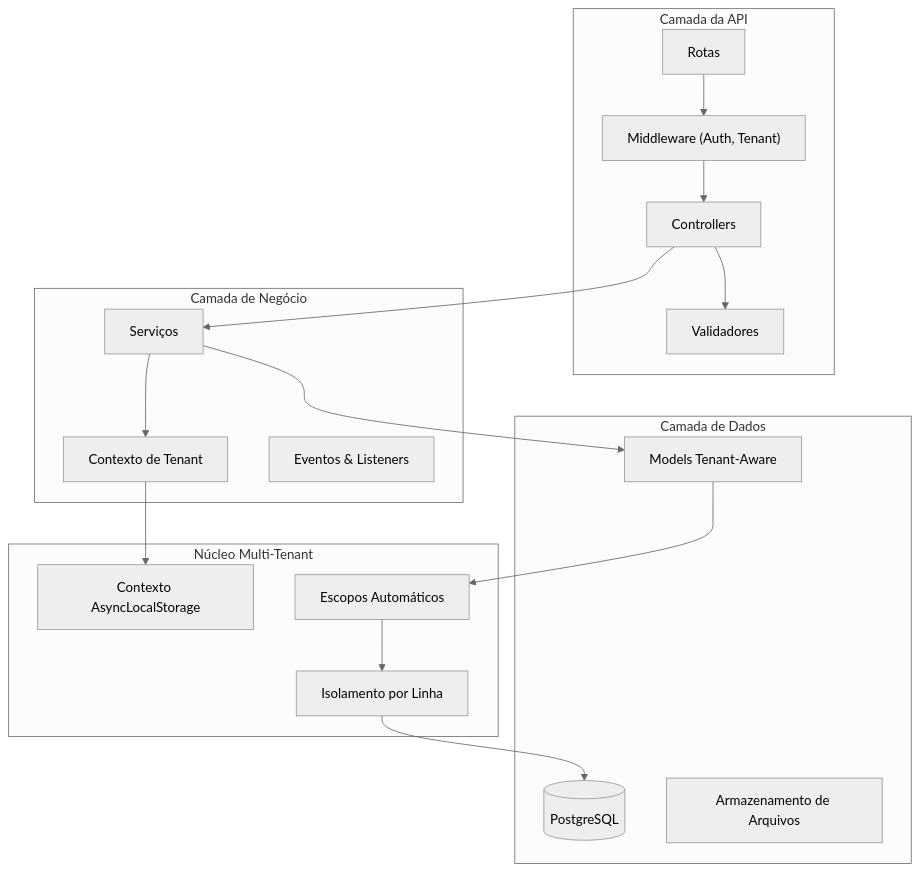
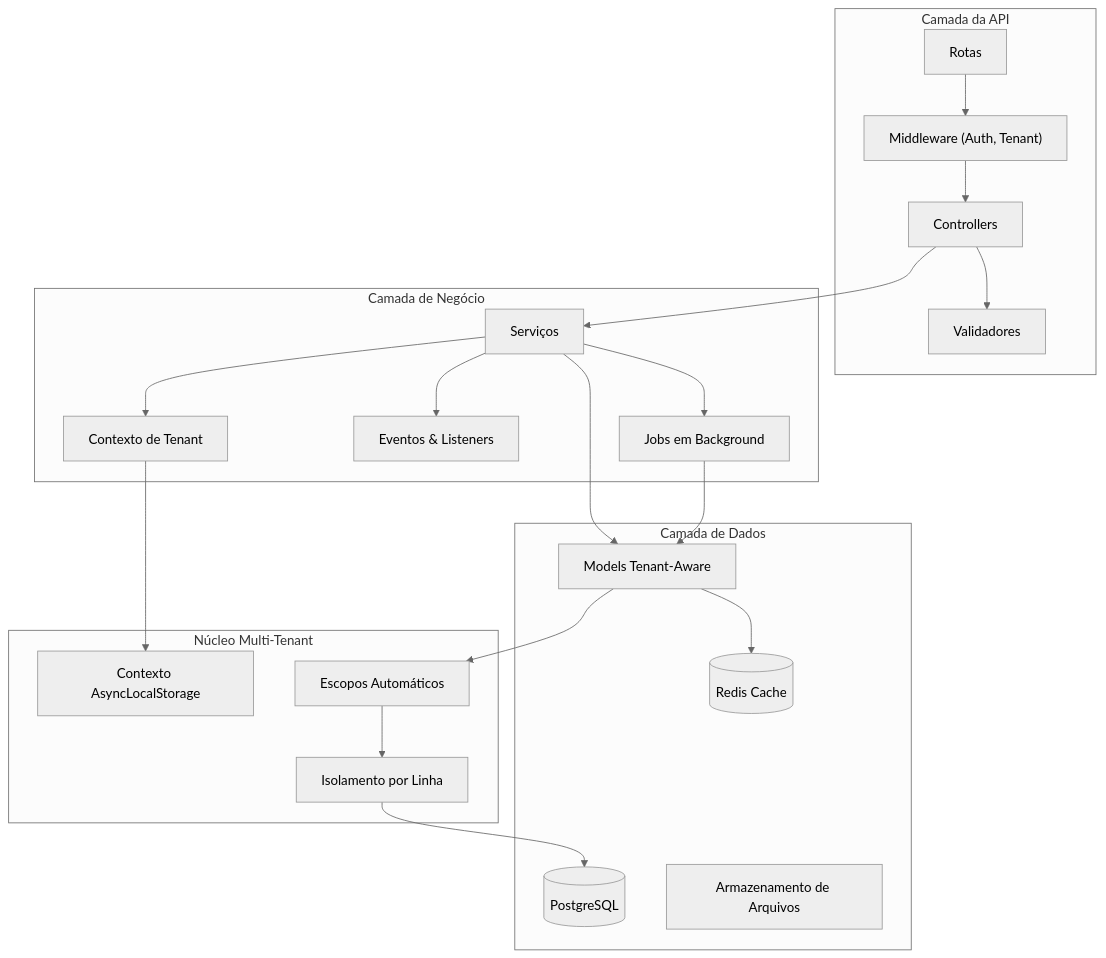
The diagram in README-pt.md (gabrielmaialva33/juridicai), drawn with Mermaid (neutral theme) before and after one commit. The commit also changed other lines of this file and 1 other file, not shown here.

````diff
--- a/README-pt.md
+++ b/README-pt.md
@@ -40,38 +43,44 @@
 ```mermaid
 graph TD
     subgraph "Camada da API"
         API_ROUTES[Rotas]
         API_MW["Middleware (Auth, Tenant)"]
         API_CTRL[Controllers]
         API_VALIDATORS[Validadores]
     end
 
     subgraph "Camada de Negócio"
         BL_SERVICES[Serviços]
         BL_TENANT[Contexto de Tenant]
         BL_EVENTS[Eventos & Listeners]
+        BL_JOBS[Jobs em Background]
     end
 
     subgraph "Camada de Dados"
         DL_MODELS[Models Tenant-Aware]
         DL_DB[(PostgreSQL)]
         DL_STORAGE[Armazenamento de Arquivos]
+        DL_CACHE[(Redis Cache)]
     end
 
     subgraph "Núcleo Multi-Tenant"
         MT_CONTEXT[Contexto AsyncLocalStorage]
         MT_SCOPES[Escopos Automáticos]
         MT_ISOLATION[Isolamento por Linha]
     end
 
     API_ROUTES --> API_MW
     API_MW --> API_CTRL
     API_CTRL --> API_VALIDATORS
     API_CTRL --> BL_SERVICES
     BL_SERVICES --> BL_TENANT
+    BL_SERVICES --> BL_EVENTS
+    BL_SERVICES --> BL_JOBS
     BL_SERVICES --> DL_MODELS
+    BL_JOBS --> DL_MODELS
     DL_MODELS --> MT_SCOPES
+    DL_MODELS --> DL_CACHE
     MT_SCOPES --> MT_ISOLATION
     MT_ISOLATION --> DL_DB
     BL_TENANT --> MT_CONTEXT
 ```
````
